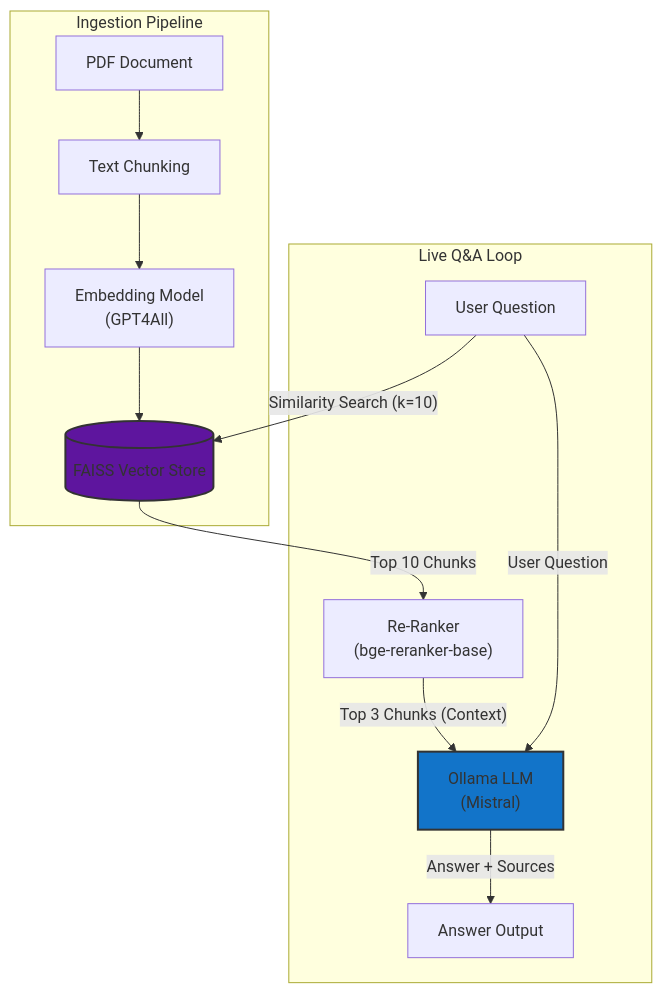
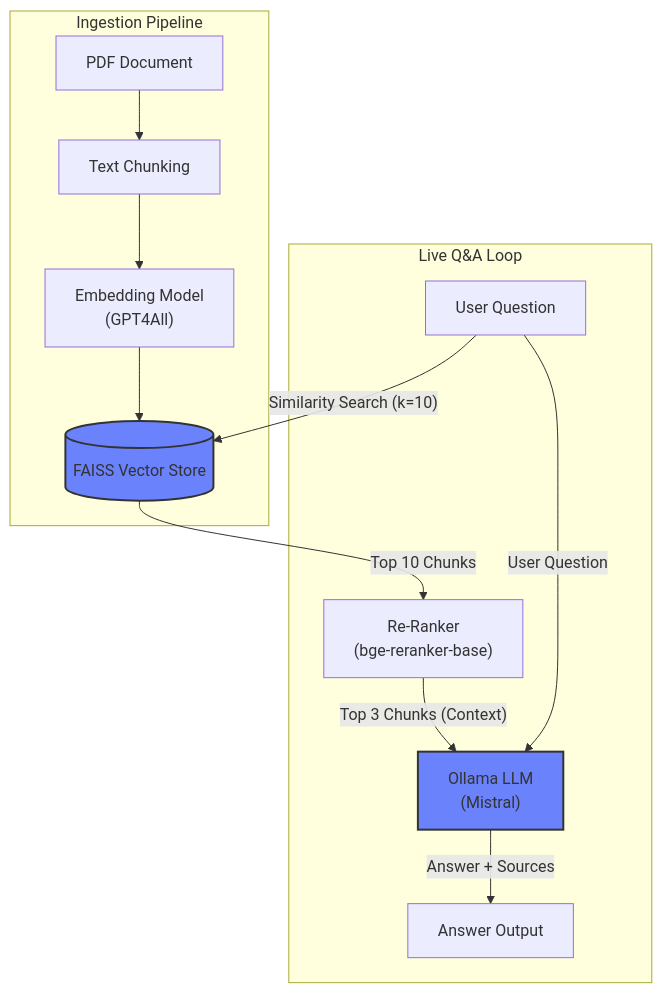
The diagram in README.md (Aravind-Sathesh/PaperSense), drawn with Mermaid before and after one commit. The commit also changed other lines of this file, not shown here.

````diff
--- a/README.md
+++ b/README.md
@@ -21,19 +18,17 @@
 ```mermaid
 graph TD
     subgraph "Ingestion Pipeline"
-        A[PDF Document] --> B[Text Chunking];
-        B --> C["Embedding Model <br> (GPT4All)"];
-        C --> D[(FAISS Vector Store)];
+        A[PDF Document] --> B[Text Chunking] --> C["Embedding Model <br> (GPT4All)"] --> D[(FAISS Vector Store)];
     end
 
     subgraph "Live Q&A Loop"
         E[User Question] -->|"Similarity Search (k=10)"| D;
         D -->|"Top 10 Chunks"| F["Re-Ranker <br> (bge-reranker-base)"];
         F -->|"Top 3 Chunks (Context)"| G["Ollama LLM <br> (Mistral)"];
         E -->|"User Question"| G;
         G -->|"Answer + Sources"| H[Answer Output];
     end
 
-    style D fill:#5e159e,stroke:#333,stroke-width:2px
-    style G fill:#1274c9,stroke:#333,stroke-width:2px
+    style D fill:#6A82FB,stroke:#333,stroke-width:2px
+    style G fill:#6A82FB,stroke:#333,stroke-width:2px
 ```
````
